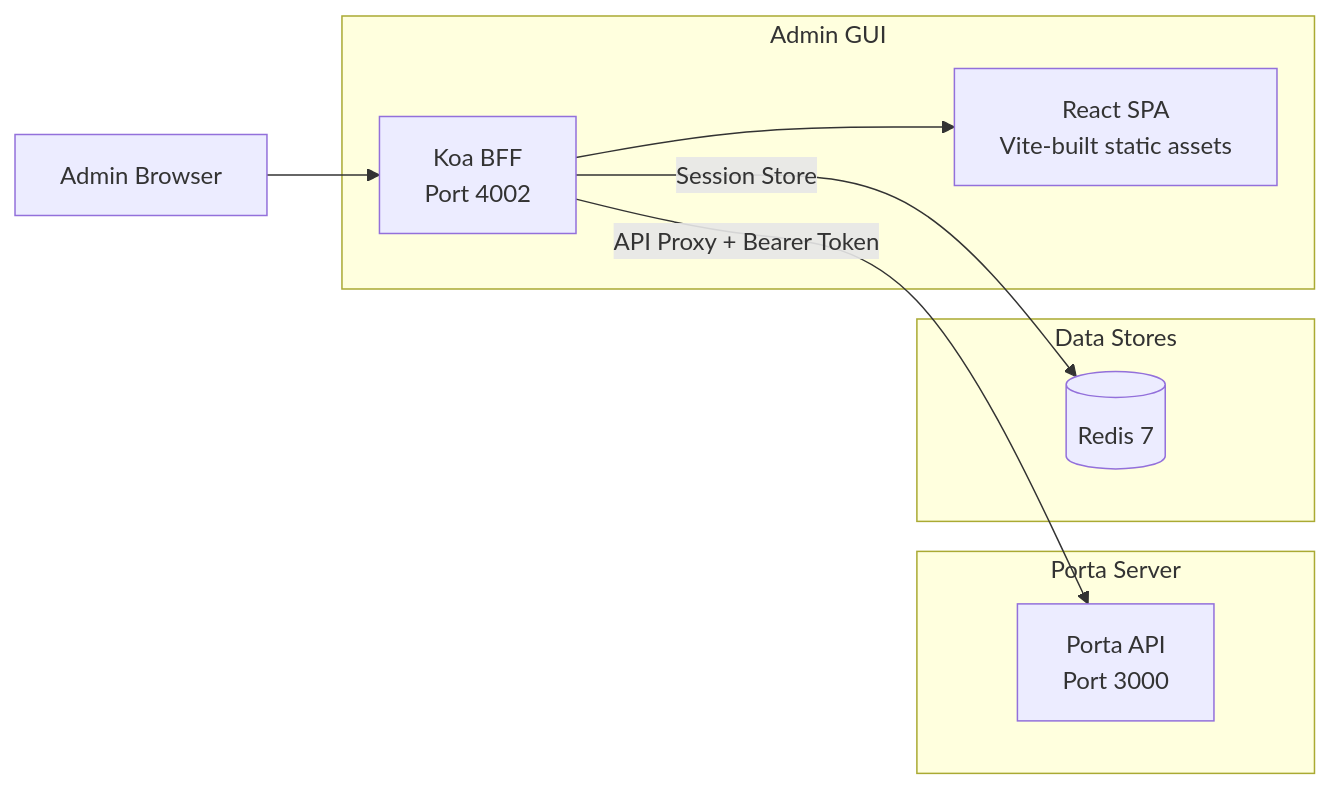
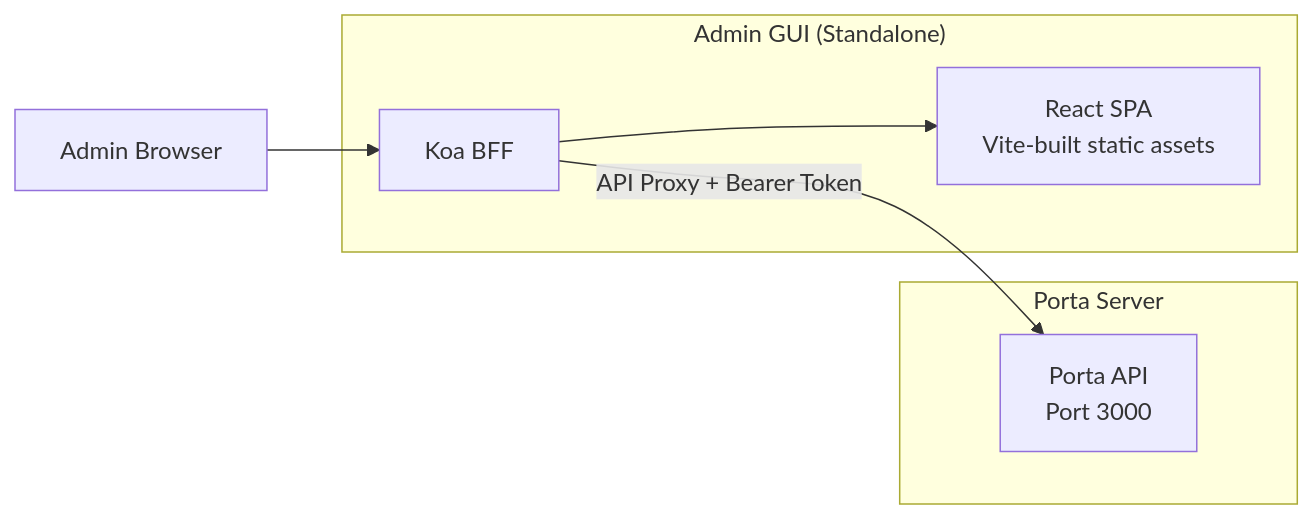
The third of 6 diagrams in docs/implementation-details/architecture/infrastructure.md (blendsdk/porta-identity), drawn with Mermaid before and after one commit. The commit also changed other lines of this file and 77 other files, not shown here.

First line of the commit message:
refactor(admin-gui): remove old root-level admin-gui, simplify Docker to server-only

````diff
--- a/docs/implementation-details/architecture/infrastructure.md
+++ b/docs/implementation-details/architecture/infrastructure.md
@@ -63,20 +63,15 @@
 ```mermaid
 graph LR
-    subgraph "Admin GUI"
-        BFF[Koa BFF<br/>Port 4002]
+    subgraph "Admin GUI (Standalone)"
+        BFF[Koa BFF]
         SPA[React SPA<br/>Vite-built static assets]
     end
 
     subgraph "Porta Server"
         PORTA[Porta API<br/>Port 3000]
     end
 
-    subgraph "Data Stores"
-        RD[(Redis 7)]
-    end
-
     BROWSER[Admin Browser] --> BFF
     BFF --> SPA
     BFF -->|API Proxy + Bearer Token| PORTA
-    BFF -->|Session Store| RD
 ```
````
